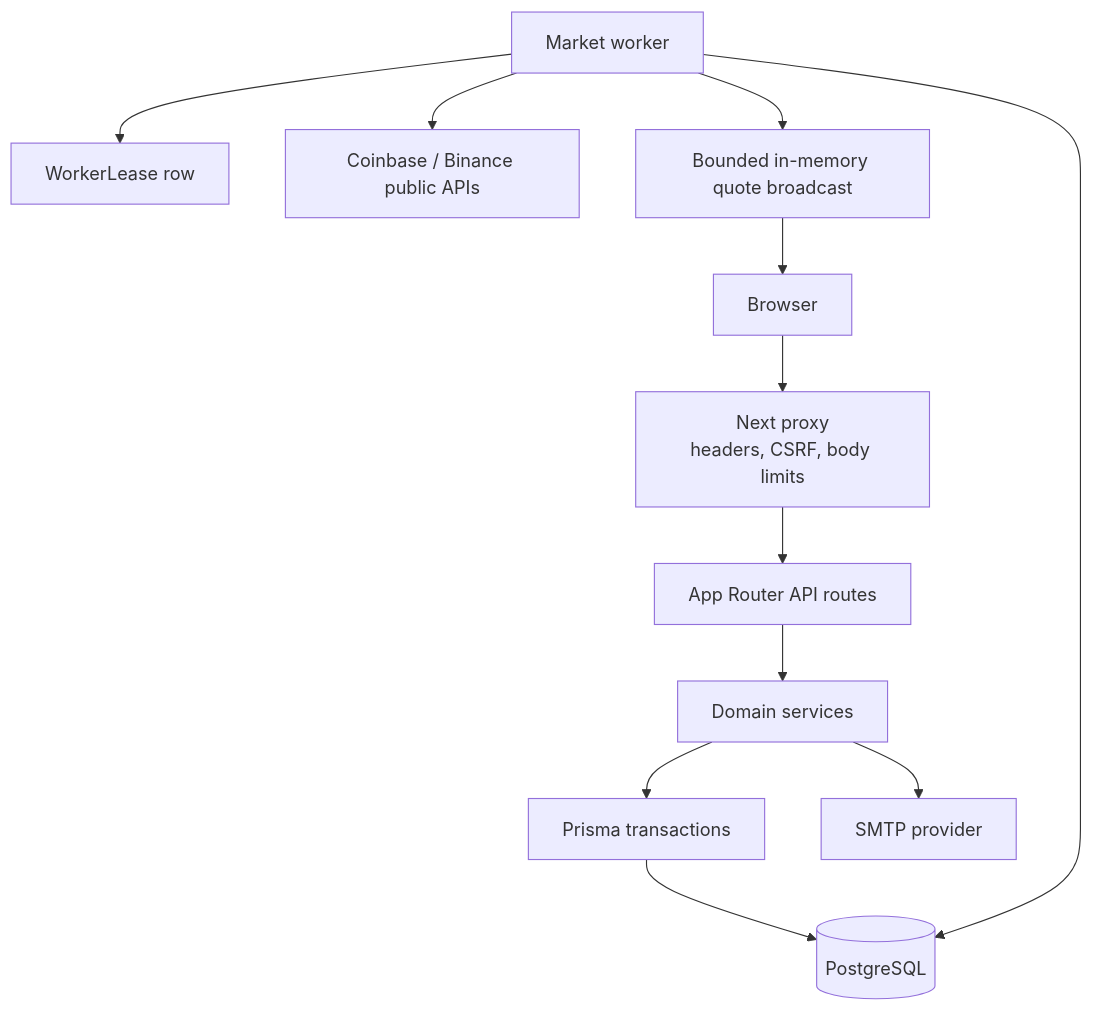
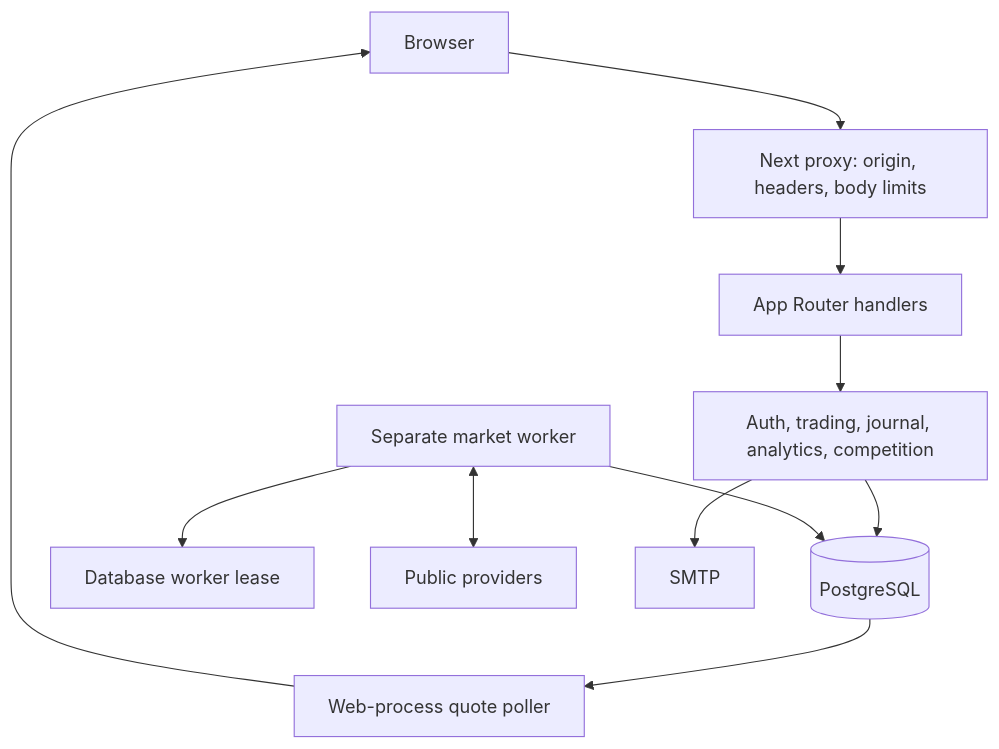
Before and after one commit to DragonPlayz-1/alpha-terminal: the diagram in docs/architecture.md, drawn with Mermaid. The commit also changed other lines of this file and 33 other files, not shown here.

````diff
--- a/docs/architecture.md
+++ b/docs/architecture.md
@@ -7,21 +9,19 @@
 ```mermaid
 flowchart TB
   Client[Browser]
-  Proxy[Next proxy\nheaders, CSRF, body limits]
-  Routes[App Router API routes]
-  Services[Domain services]
-  Prisma[Prisma transactions]
-  PostgreSQL[(PostgreSQL)]
-  Worker[Market worker]
-  Lease[WorkerLease row]
-  Public[Coinbase / Binance public APIs]
-  SSE[Bounded in-memory quote broadcast]
-  SMTP[SMTP provider]
-
-  Client --> Proxy --> Routes --> Services --> Prisma --> PostgreSQL
+  Proxy[Next proxy: origin, headers, body limits]
+  API[App Router handlers]
+  Domain[Auth, trading, journal, analytics, competition]
+  DB[(PostgreSQL)]
+  Worker[Separate market worker]
+  Lease[Database worker lease]
+  Provider[Public providers]
+  SSE[Web-process quote poller]
+  Mail[SMTP]
+  Client --> Proxy --> API --> Domain --> DB
   Worker --> Lease
-  Worker --> PostgreSQL
-  Worker --> Public
-  Worker --> SSE --> Client
-  Services --> SMTP
+  Worker <--> Provider
+  Worker --> DB
+  DB --> SSE --> Client
+  Domain --> Mail
 ```
````
